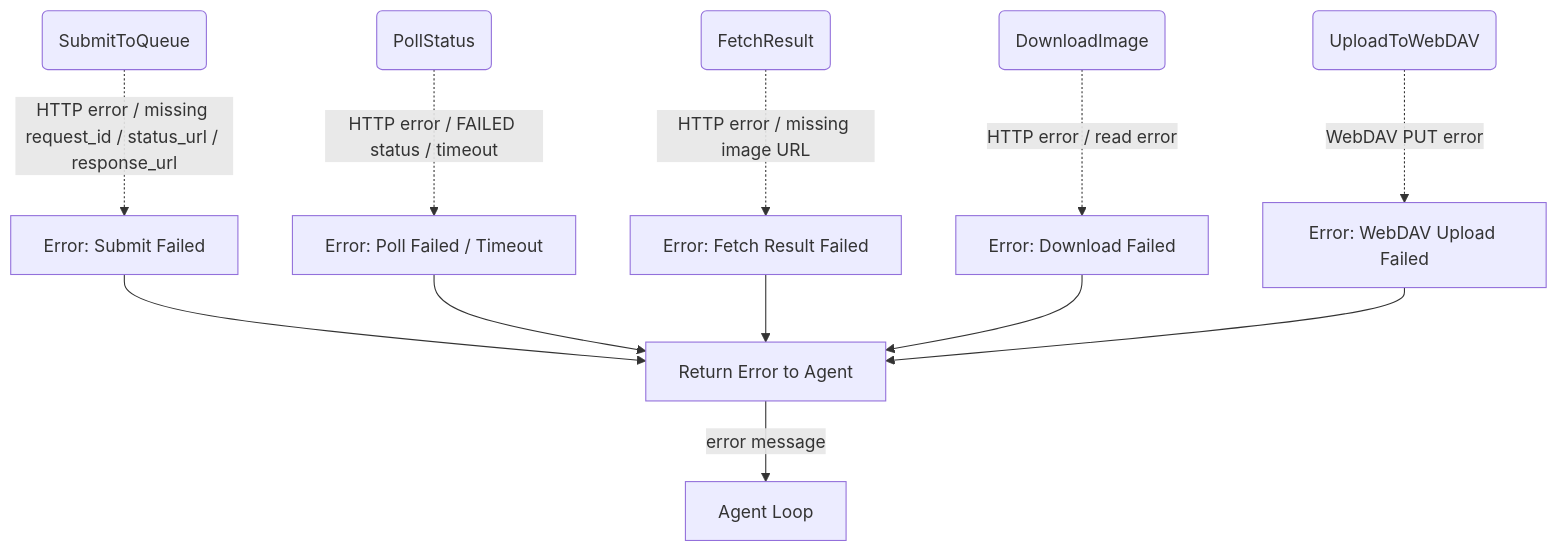
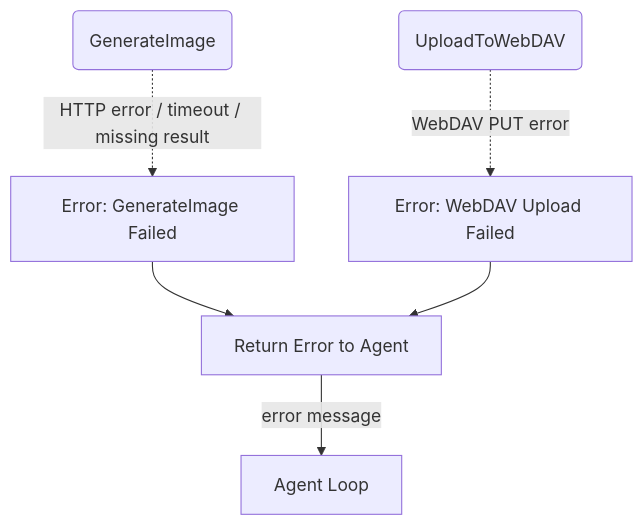
Before and after one commit to cosmoswafer/rockbot: the second of 4 diagrams in _dfds/tools/image-gen.md, drawn with Mermaid. The commit also changed other lines of this file and 7 other files, not shown here.

````diff
--- a/_dfds/tools/image-gen.md
+++ b/_dfds/tools/image-gen.md
@@ -64,26 +52,14 @@
 ```mermaid
 flowchart TD
-    SUBMIT(SubmitToQueue)
-    POLL(PollStatus)
-    FETCH(FetchResult)
-    DOWNLOAD(DownloadImage)
-    UPLOAD(UploadToWebDAV)
-    ERR_SUBMIT[Error: Submit Failed]
-    ERR_POLL[Error: Poll Failed / Timeout]
-    ERR_FETCH[Error: Fetch Result Failed]
-    ERR_DOWNLOAD[Error: Download Failed]
+    GEN(GenerateImage)
+    DAV_UPLOAD(UploadToWebDAV)
+    ERR_GEN[Error: GenerateImage Failed]
     ERR_UPLOAD[Error: WebDAV Upload Failed]
     FALLBACK[Return Error to Agent]
 
-    SUBMIT -.->|"HTTP error / missing request_id / status_url / response_url"| ERR_SUBMIT
-    POLL -.->|"HTTP error / FAILED status / timeout"| ERR_POLL
-    FETCH -.->|"HTTP error / missing image URL"| ERR_FETCH
-    DOWNLOAD -.->|"HTTP error / read error"| ERR_DOWNLOAD
-    UPLOAD -.->|"WebDAV PUT error"| ERR_UPLOAD
-    ERR_SUBMIT --> FALLBACK
-    ERR_POLL --> FALLBACK
-    ERR_FETCH --> FALLBACK
-    ERR_DOWNLOAD --> FALLBACK
+    GEN -.->|"HTTP error / timeout / missing result"| ERR_GEN
+    DAV_UPLOAD -.->|"WebDAV PUT error"| ERR_UPLOAD
+    ERR_GEN --> FALLBACK
     ERR_UPLOAD --> FALLBACK
     FALLBACK -->|"error message"| AGENT[Agent Loop]
 ```
````
